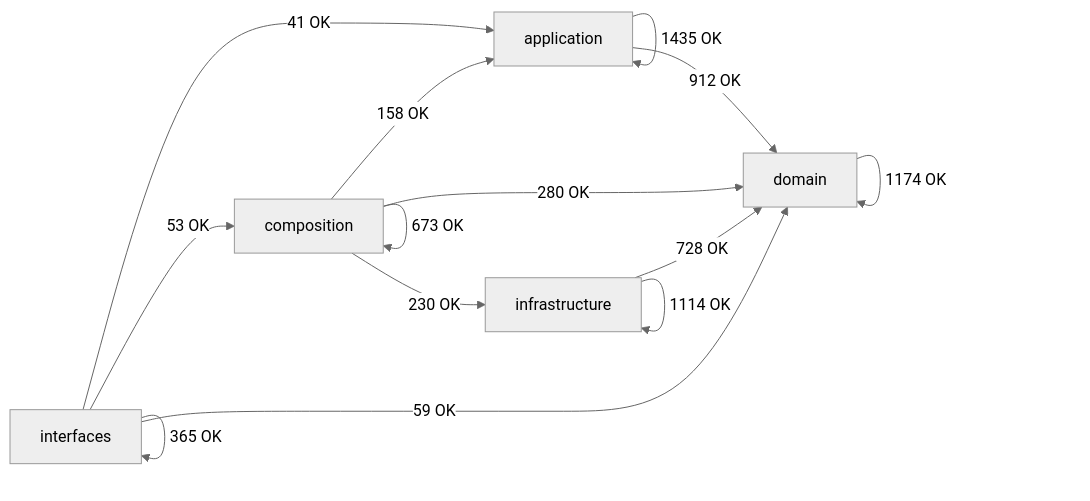
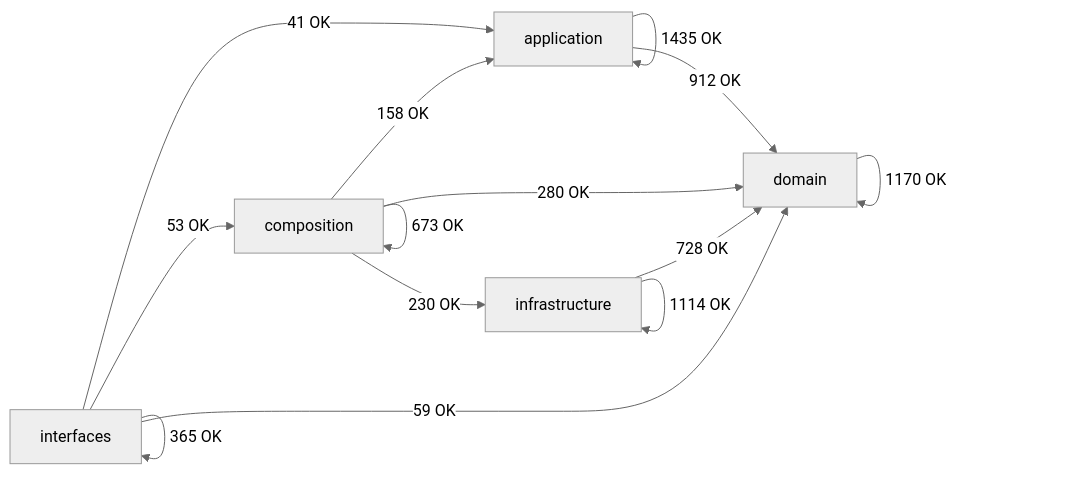
The diagram in docs/02-architecture/generated/module-dependency-map.md (SatoryKono/BioactivityDataAcquisition), drawn with Mermaid (neutral theme) before and after one commit. The commit also changed other lines of this file and 11 other files, not shown here.

````diff
--- a/docs/02-architecture/generated/module-dependency-map.md
+++ b/docs/02-architecture/generated/module-dependency-map.md
@@ -17,21 +17,21 @@
 ```mermaid
 flowchart LR
     domain[domain]
     application[application]
     infrastructure[infrastructure]
     composition[composition]
     interfaces[interfaces]
     application -->|1435 OK| application
     application -->|912 OK| domain
     composition -->|158 OK| application
     composition -->|673 OK| composition
     composition -->|280 OK| domain
     composition -->|230 OK| infrastructure
-    domain -->|1174 OK| domain
+    domain -->|1170 OK| domain
     infrastructure -->|728 OK| domain
     infrastructure -->|1114 OK| infrastructure
     interfaces -->|41 OK| application
     interfaces -->|53 OK| composition
     interfaces -->|59 OK| domain
     interfaces -->|365 OK| interfaces
 ```
````
